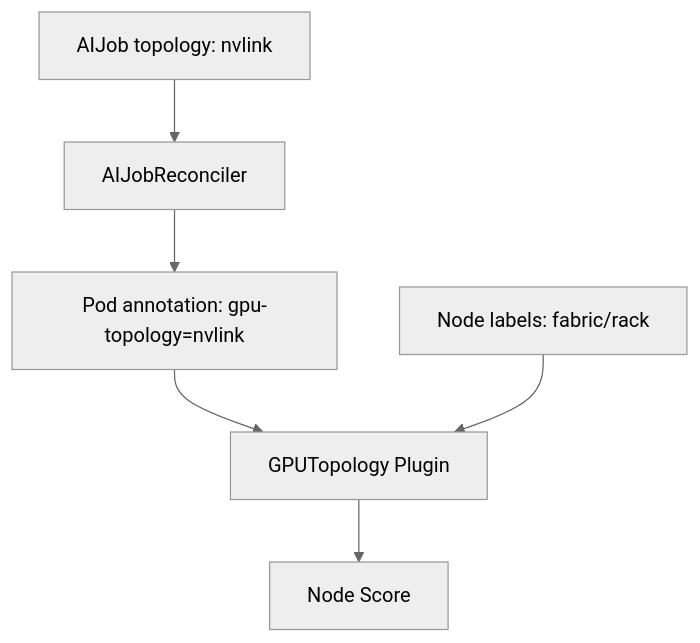
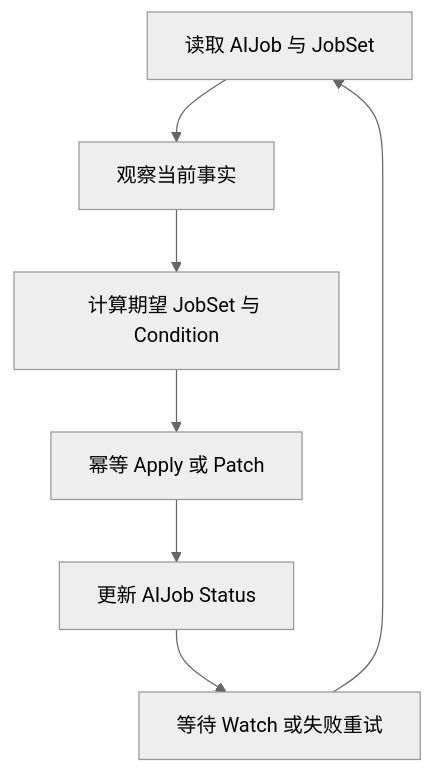
Before and after one commit to tihaya-anon/ai-infra: the second of 3 diagrams in docs/tutorial.md, drawn with Mermaid (neutral theme). The commit also changed other lines of this file and 1 other file, not shown here.

Commit message:
docs: describe production AI job architecture

````diff
--- a/docs/tutorial.md
+++ b/docs/tutorial.md
@@ -76,15 +114,16 @@
 ```mermaid
 flowchart TD
-    AIJob[AIJob topology: nvlink]
-    Reconcile[AIJobReconciler]
-    Annotation[Pod annotation: gpu-topology=nvlink]
-    Plugin[GPUTopology Plugin]
-    Labels[Node labels: fabric/rack]
-    Score[Node Score]
+    Load[读取 AIJob 与 JobSet]
+    Observe[观察当前事实]
+    Plan[计算期望 JobSet 与 Condition]
+    Apply[幂等 Apply 或 Patch]
+    Status[更新 AIJob Status]
+    Retry[等待 Watch 或失败重试]
 
-    AIJob --> Reconcile
-    Reconcile --> Annotation
-    Annotation --> Plugin
-    Labels --> Plugin
-    Plugin --> Score
+    Load --> Observe
+    Observe --> Plan
+    Plan --> Apply
+    Apply --> Status
+    Status --> Retry
+    Retry --> Load
 ```
````
